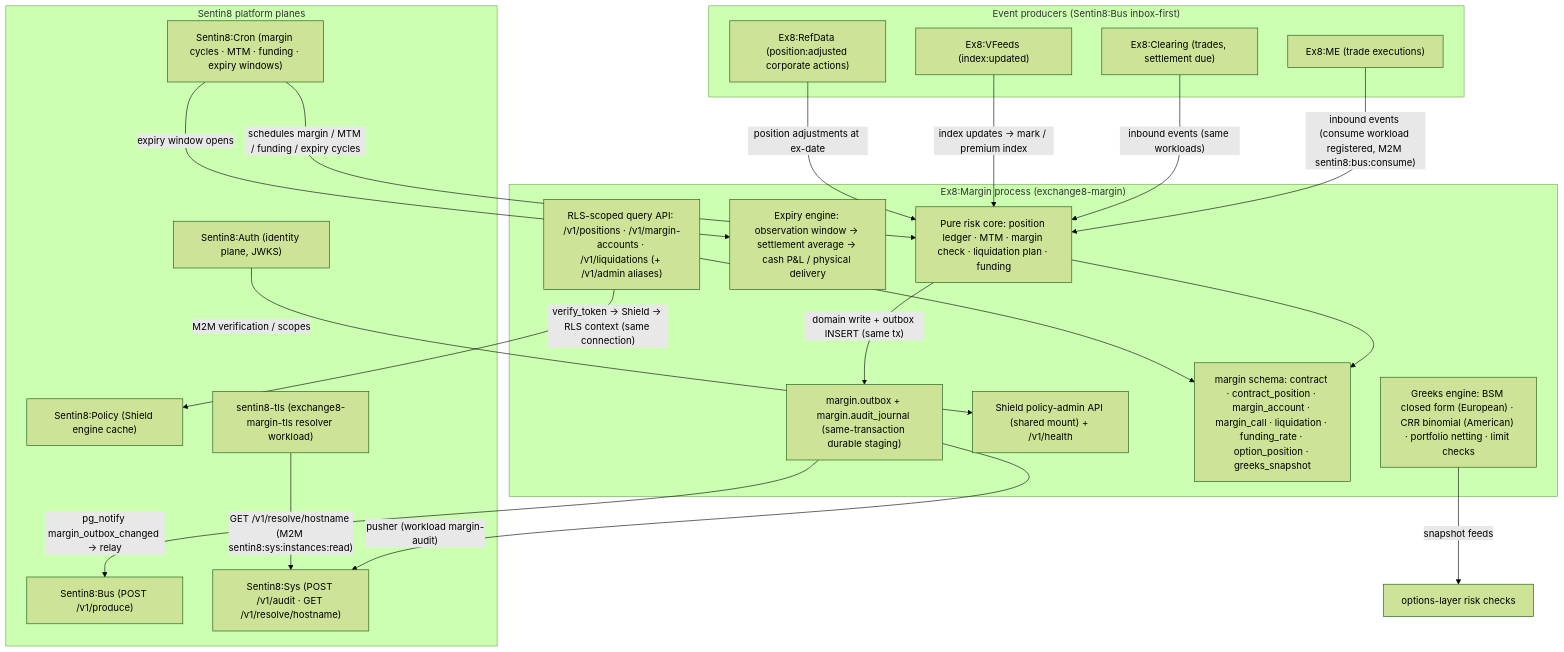
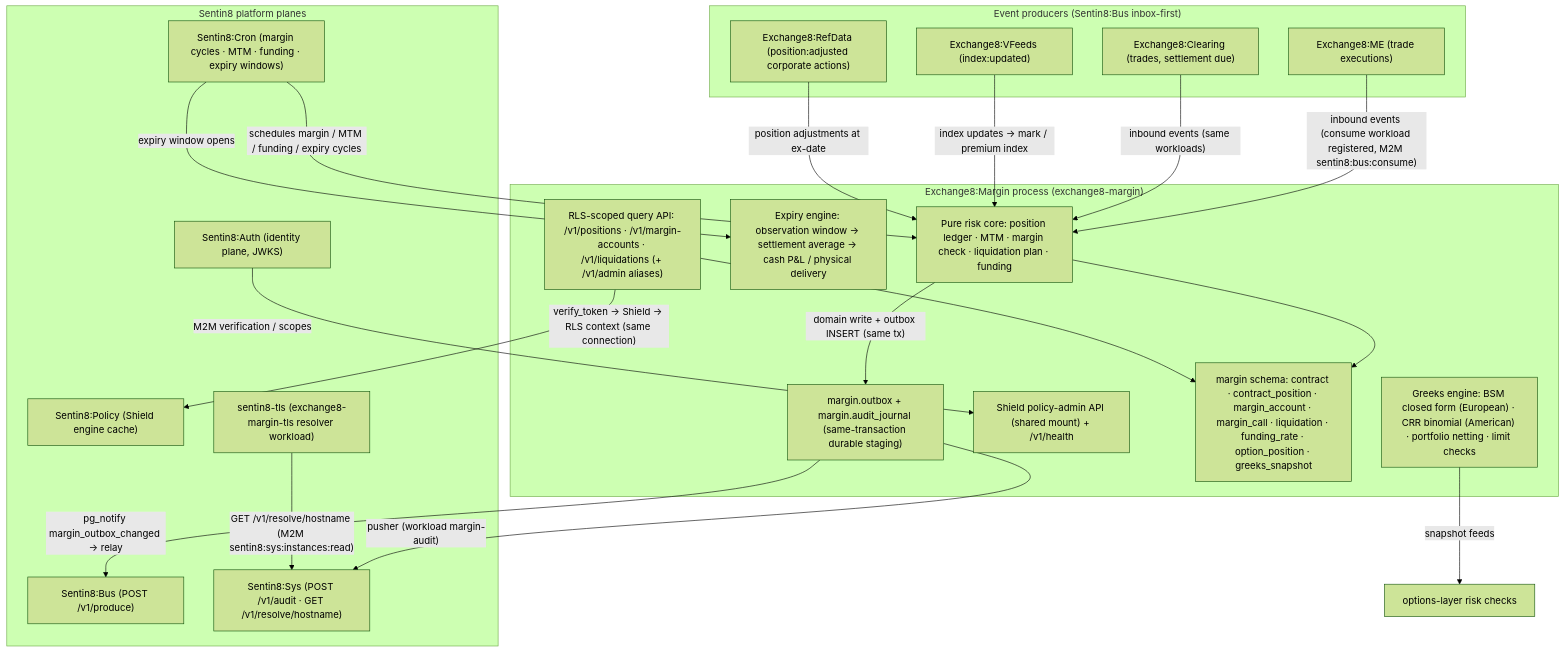
Before and after one commit to Exchange8-dev/exchange8-margin: the diagram in README.md, drawn with Mermaid (forest theme). The commit also changed other lines of this file and 10 other files, not shown here.

````diff
--- a/README.md
+++ b/README.md
@@ -59,44 +59,44 @@
 ```mermaid
 graph TD
     subgraph Producers["Event producers (Sentin8:Bus inbox-first)"]
-        ME["Ex8:ME (trade executions)"]
-        CLR["Ex8:Clearing (trades, settlement due)"]
-        VF["Ex8:VFeeds (index:updated)"]
-        REF["Ex8:RefData (position:adjusted corporate actions)"]
+        ME["Exchange8:ME (trade executions)"]
+        CLR["Exchange8:Clearing (trades, settlement due)"]
+        VF["Exchange8:VFeeds (index:updated)"]
+        REF["Exchange8:RefData (position:adjusted corporate actions)"]
     end
 
-    subgraph Margin["Ex8:Margin process (exchange8-margin)"]
+    subgraph Margin["Exchange8:Margin process (exchange8-margin)"]
         ENGINE["Pure risk core: position ledger · MTM · margin check · liquidation plan · funding"]
         GREEKS["Greeks engine: BSM closed form (European) · CRR binomial (American) · portfolio netting · limit checks"]
         EXPIRY["Expiry engine: observation window → settlement average → cash P&L / physical delivery"]
         REST["RLS-scoped query API: /v1/positions · /v1/margin-accounts · /v1/liquidations (+ /v1/admin aliases)"]
         POLICY_API["Shield policy-admin API (shared mount) + /v1/health"]
         DBW["margin schema: contract · contract_position · margin_account · margin_call · liquidation · funding_rate · option_position · greeks_snapshot"]
         DBX["margin.outbox + margin.audit_journal (same-transaction durable staging)"]
     end
 
     subgraph Platform["Sentin8 platform planes"]
         AUTH["Sentin8:Auth (identity plane, JWKS)"]
         PPL["Sentin8:Policy (Shield engine cache)"]
         BUS["Sentin8:Bus (POST /v1/produce)"]
         SYS["Sentin8:Sys (POST /v1/audit · GET /v1/resolve/hostname)"]
         CRON2["Sentin8:Cron (margin cycles · MTM · funding · expiry windows)"]
         TLS2["sentin8-tls (exchange8-margin-tls resolver workload)"]
     end
 
     ME -- "inbound events (consume workload registered, M2M sentin8:bus:consume)" --> ENGINE
     CLR -- "inbound events (same workloads)" --> ENGINE
     VF -- "index updates → mark / premium index" --> ENGINE
     REF -- "position adjustments at ex-date" --> ENGINE
     CRON2 -- "schedules margin / MTM / funding / expiry cycles" --> ENGINE
     CRON2 -- "expiry window opens" --> EXPIRY
     GREEKS -- "snapshot feeds" --> DF1["options-layer risk checks"]
     ENGINE --> DBW
     ENGINE -- "domain write + outbox INSERT (same tx)" --> DBX
     DBX -- "pg_notify margin_outbox_changed → relay" --> BUS
     DBX -- "pusher (workload margin-audit)" --> SYS
     REST -- "verify_token → Shield → RLS context (same connection)" --> PPL
     REST --> DBW
     AUTH -- "M2M verification / scopes" --> POLICY_API
     TLS2 -- "GET /v1/resolve/hostname (M2M sentin8:sys:instances:read)" --> SYS
 ```
````
